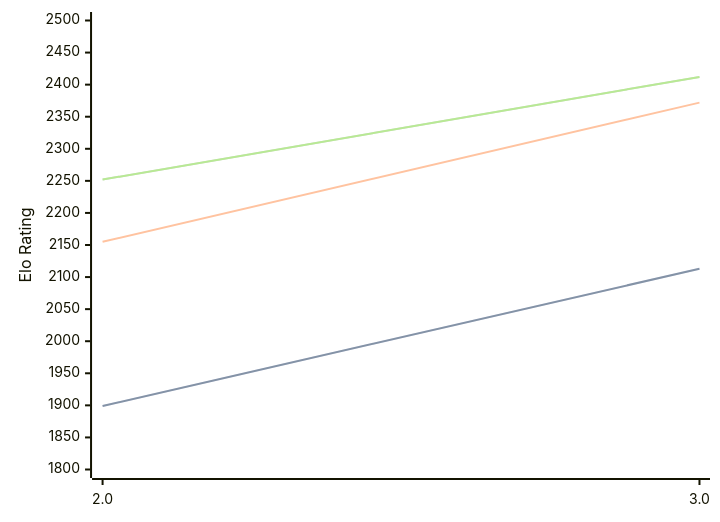
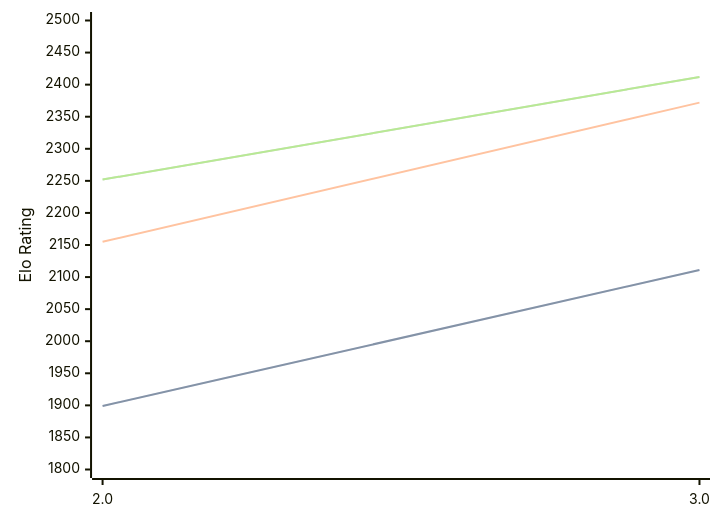
Before and after one commit to computer-chess-index/cci: the diagram in engines/Zeno.md, drawn with Mermaid. The commit also changed other lines of this file, not shown here.

````diff
--- a/engines/Zeno.md
+++ b/engines/Zeno.md
@@ -32,11 +32,11 @@
 ```mermaid
 %%{init: {"theme":"base","themeVariables":{"seriesColors:['#a3a3a3','#222221','#faa371']}}}%%
 xychart-beta
   x-axis ["2.0", "3.0"]
   y-axis "Elo Rating" 1800 --> 2500
-  line "" [1899, 2113]
-  line "STC (8.0+0.08s)" [1899, 2113]
+  line "" [1899, 2111]
+  line "STC (8.0+0.08s)" [1899, 2111]
   line "LTC (60.0+0.60s)" [2155, 2372]
   line "" [2252, 2412]
   line "VLTC (2m24s+1.12s)" [2252, 2412]
 ```
````
